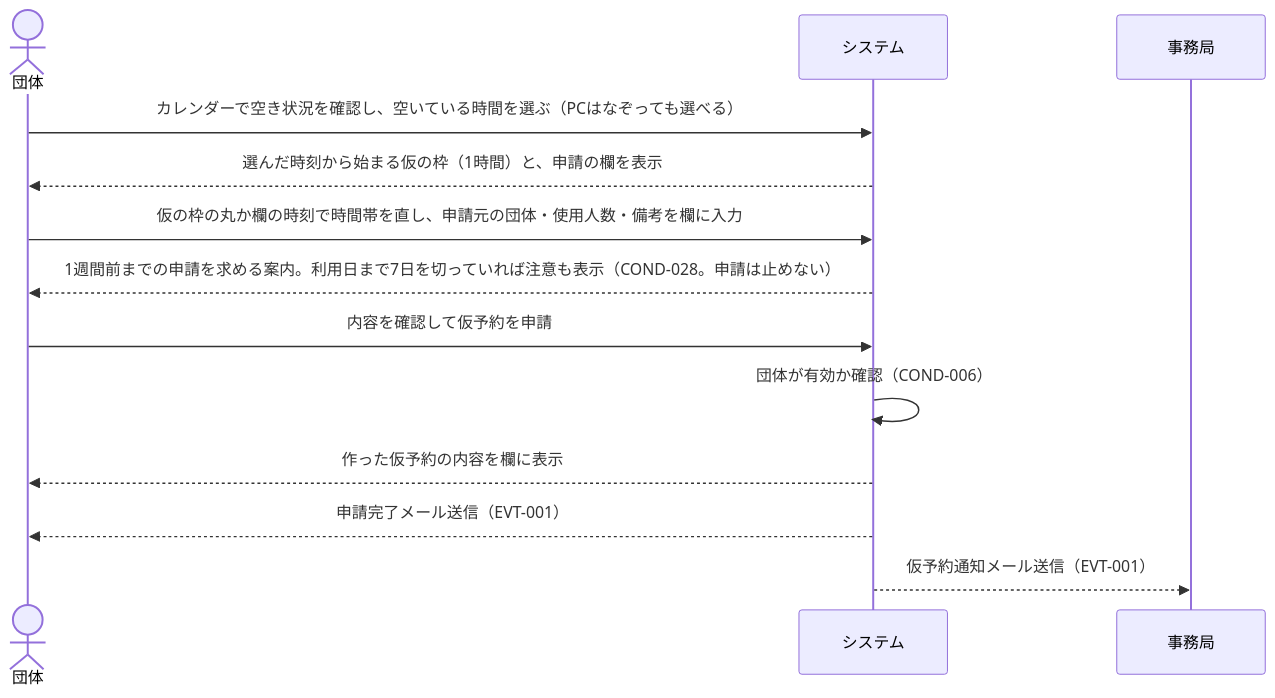
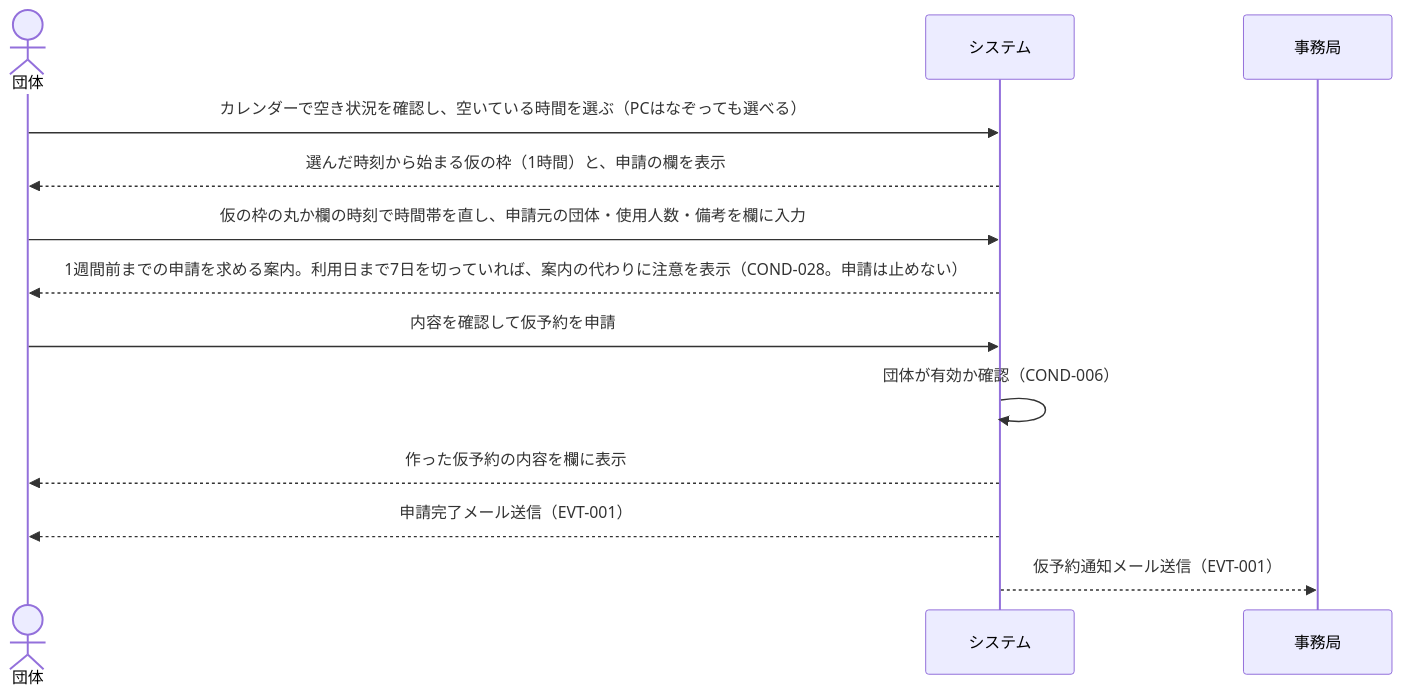
Before and after one commit to gdsc-osaka/iclub-reserve: the third of 8 diagrams in rdra/contexts/reservation-application.md, drawn with Mermaid. The commit also changed other lines of this file and 30 other files, not shown here.

````diff
--- a/rdra/contexts/reservation-application.md
+++ b/rdra/contexts/reservation-application.md
@@ -270,16 +270,16 @@
 ```mermaid
 sequenceDiagram
     actor 団体
     participant システム
     participant 事務局
 
     団体->>システム: カレンダーで空き状況を確認し、空いている時間を選ぶ（PCはなぞっても選べる）
     システム-->>団体: 選んだ時刻から始まる仮の枠（1時間）と、申請の欄を表示
     団体->>システム: 仮の枠の丸か欄の時刻で時間帯を直し、申請元の団体・使用人数・備考を欄に入力
-    システム-->>団体: 1週間前までの申請を求める案内。利用日まで7日を切っていれば注意も表示（COND-028。申請は止めない）
+    システム-->>団体: 1週間前までの申請を求める案内。利用日まで7日を切っていれば、案内の代わりに注意を表示（COND-028。申請は止めない）
     団体->>システム: 内容を確認して仮予約を申請
     システム->>システム: 団体が有効か確認（COND-006）
     システム-->>団体: 作った仮予約の内容を欄に表示
     システム-->>団体: 申請完了メール送信（EVT-001）
     システム-->>事務局: 仮予約通知メール送信（EVT-001）
 ```
````
